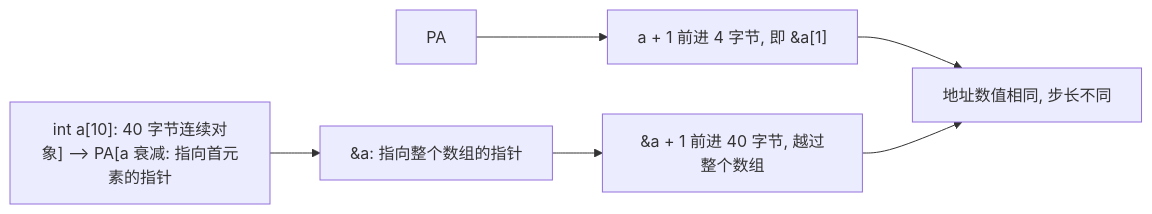
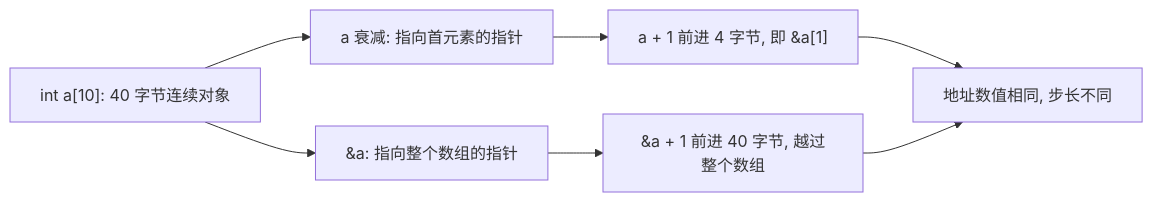
Before and after one commit to xhongduo-tech/xhongduo-tech.github.io: the second of 2 diagrams in docs/cs/array-decay.md, drawn with Mermaid. The commit also changed other lines of this file and 1 other file, not shown here.

Commit message:
Content review cs-228: unsigned conversion makes the n-times-sizeof multiply defined though the byte count is wrong in integer-overflow, the array-decay diagram recovers its edge label, and alignment comes two lessons later.

````diff
--- a/docs/cs/array-decay.md
+++ b/docs/cs/array-decay.md
@@ -57,9 +57,9 @@
 ```mermaid
 flowchart LR
-  A["int a[10]: 40 字节连续对象] --> PA[a 衰减: 指向首元素的指针"]
+  A["int a[10]: 40 字节连续对象"] --> PA["a 衰减: 指向首元素的指针"]
   A --> PB["&a: 指向整个数组的指针"]
   PA --> S1["a + 1 前进 4 字节, 即 &a[1]"]
   PB --> S2["&a + 1 前进 40 字节, 越过整个数组"]
   S1 --> SAME["地址数值相同, 步长不同"]
   S2 --> SAME
 ```
````
